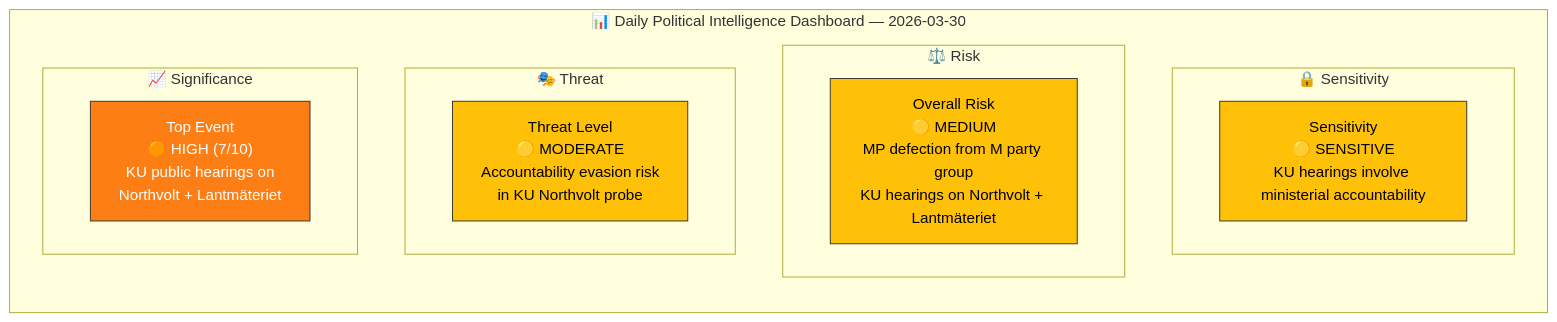
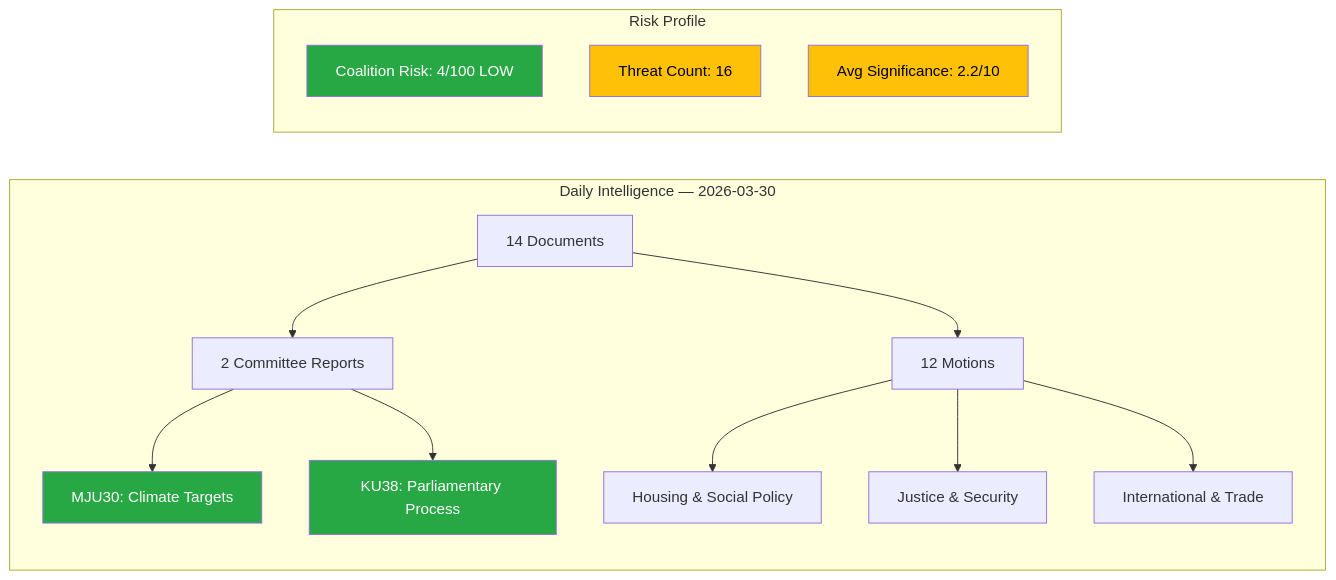
Before and after one commit to Hack23/riksdagsmonitor: the diagram in analysis/daily/2026-03-30/synthesis-summary.md, drawn with Mermaid. The commit also changed other lines of this file and 38 other files, not shown here.

````diff
--- a/analysis/daily/2026-03-30/synthesis-summary.md
+++ b/analysis/daily/2026-03-30/synthesis-summary.md
@@ -25,22 +12,22 @@
 ```mermaid
-graph TD
-    subgraph "📊 Daily Political Intelligence Dashboard — 2026-03-30"
-        direction TB
-        subgraph "🔒 Sensitivity"
-            CLS["Sensitivity<br/>🟡 SENSITIVE<br/>KU hearings involve ministerial accountability"]
-            style CLS fill:#ffc107,stroke:#333,color:#000
-        end
-        subgraph "⚖️ Risk"
-            RSK["Overall Risk<br/>🟡 MEDIUM<br/>MP defection from M party group<br/>KU hearings on Northvolt + Lantmäteriet"]
-            style RSK fill:#ffc107,stroke:#333,color:#000
-        end
-        subgraph "🎭 Threat"
-            THR["Threat Level<br/>🟡 MODERATE<br/>Accountability evasion risk<br/>in KU Northvolt probe"]
-            style THR fill:#ffc107,stroke:#333,color:#000
-        end
-        subgraph "📈 Significance"
-            SIG["Top Event<br/>🟠 HIGH (7/10)<br/>KU public hearings on<br/>Northvolt + Lantmäteriet"]
-            style SIG fill:#fd7e14,stroke:#333,color:#fff
-        end
+graph LR
+    subgraph "Daily Intelligence — 2026-03-30"
+        A[14 Documents] --> B[2 Committee Reports]
+        A --> C[12 Motions]
+        B --> D[MJU30: Climate Targets]
+        B --> E[KU38: Parliamentary Process]
+        C --> F[Housing & Social Policy]
+        C --> G[Justice & Security]
+        C --> H[International & Trade]
     end
+    subgraph "Risk Profile"
+        I[Coalition Risk: 4/100 LOW]
+        J[Threat Count: 16]
+        K[Avg Significance: 2.2/10]
+    end
+    style D fill:#28a745,color:#fff
+    style E fill:#28a745,color:#fff
+    style I fill:#28a745,color:#fff
+    style J fill:#ffc107,color:#000
+    style K fill:#ffc107,color:#000
 ```
````
